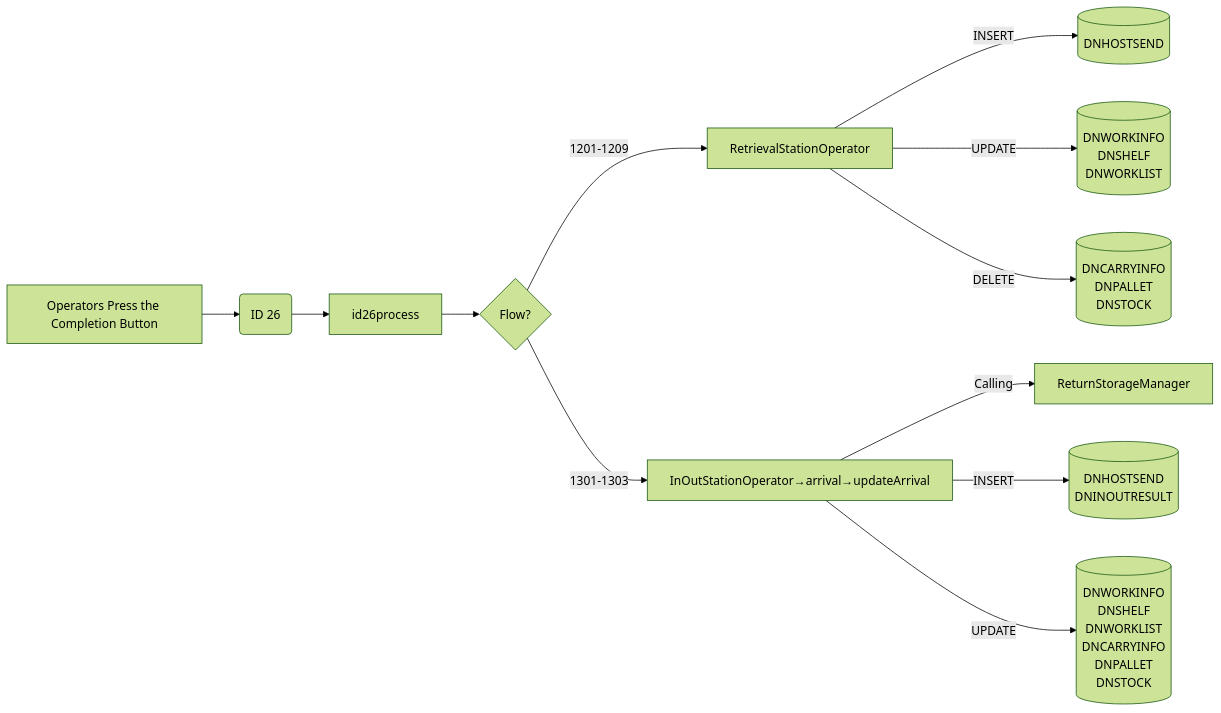
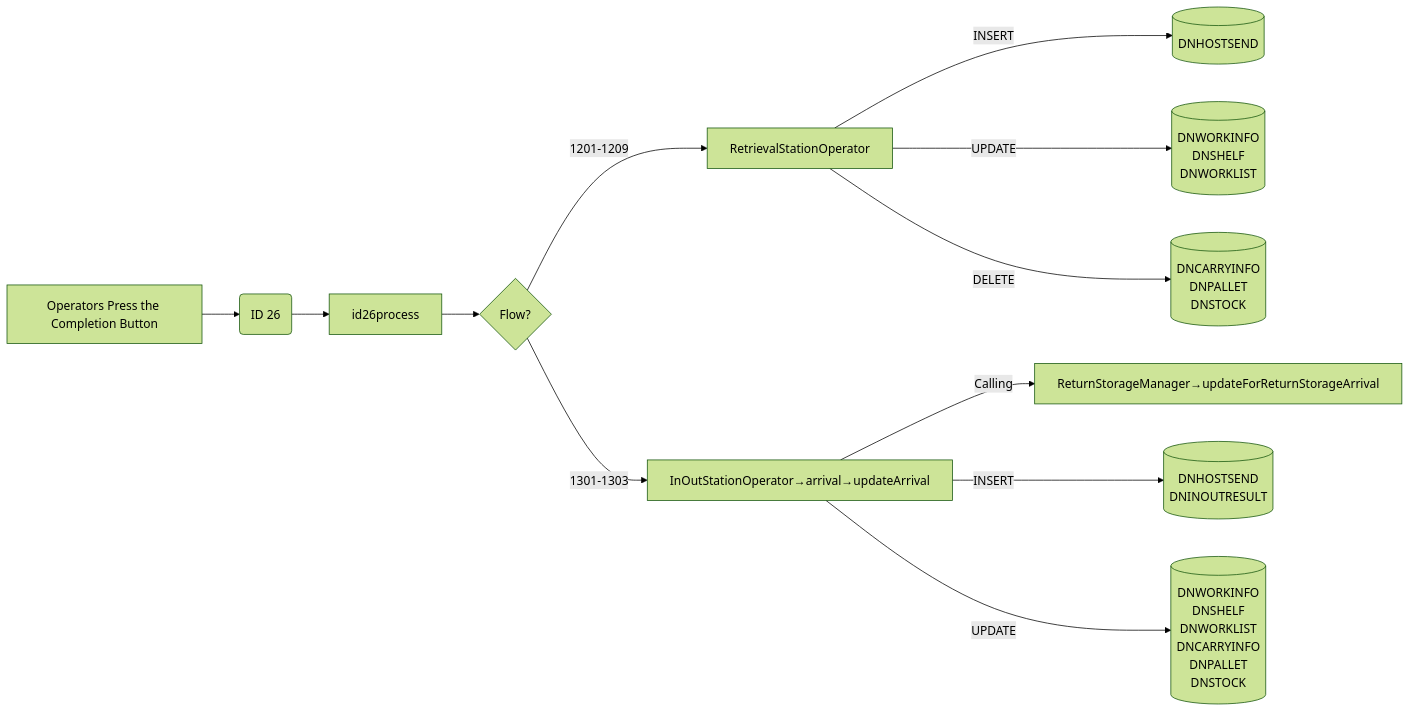
Before and after one commit to luthfiadityaa/SimeDarby-Wiki: diagram 19 of 19 in Basic-Design/DFD-WMS/Retrieval/Specific-Location-Retrieval-Setting.md, drawn with Mermaid (forest theme).

Commit message:
Updated Specific Location Retrieval Setting

```diff
--- a/Basic-Design/DFD-WMS/Retrieval/Specific-Location-Retrieval-Setting.md
+++ b/Basic-Design/DFD-WMS/Retrieval/Specific-Location-Retrieval-Setting.md
@@ -836,59 +836,59 @@
 ::: mermaid
 flowchart LR
 
 buttonclicked["
 Operators Press the Completion Button
 "]
 
 id26msg("
 ID 26
 ")
 
 
 id26-updateRt[("
 DNWORKINFO
 DNSHELF
 DNWORKLIST
 ")]
 
 id26-deleteRt[("
 DNCARRYINFO
 DNPALLET
 DNSTOCK
 ")]
 
 id26-insertRt[("
 DNHOSTSEND
 ")]
 
 id26-updateIo[("
 DNWORKINFO
 DNSHELF
 DNWORKLIST
 DNCARRYINFO
 DNPALLET
 DNSTOCK
 ")]
 
 id26-insertIo[("
 DNHOSTSEND
 DNINOUTRESULT
 ")]
 
 id26process[id26process]
 
 buttonclicked --> id26msg
 id26msg -->id26process-->Cond1{Flow?}
 
 RetrievalStationOperator--> |INSERT| id26-insertRt 
 RetrievalStationOperator--> |UPDATE| id26-updateRt 
 RetrievalStationOperator--> |DELETE| id26-deleteRt 
 
 Cond1{Flow?} --> |1201-1209| RetrievalStationOperator
 Cond1{Flow?} --> |1301-1303| P2[InOutStationOperator→arrival→updateArrival]
 
-P2 --> |Calling| P3[ReturnStorageManager]
+P2 --> |Calling| P3[ReturnStorageManager→updateForReturnStorageArrival]
 P2 --> |INSERT| id26-insertIo
 P2 --> |UPDATE| id26-updateIo
 
 :::
```
